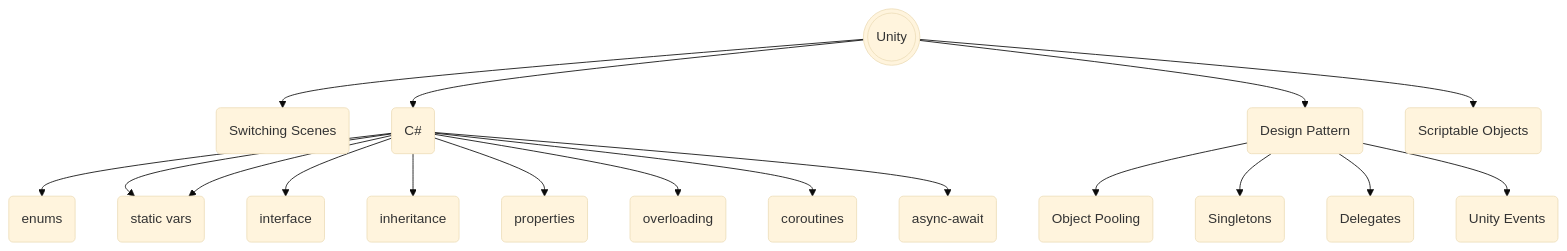
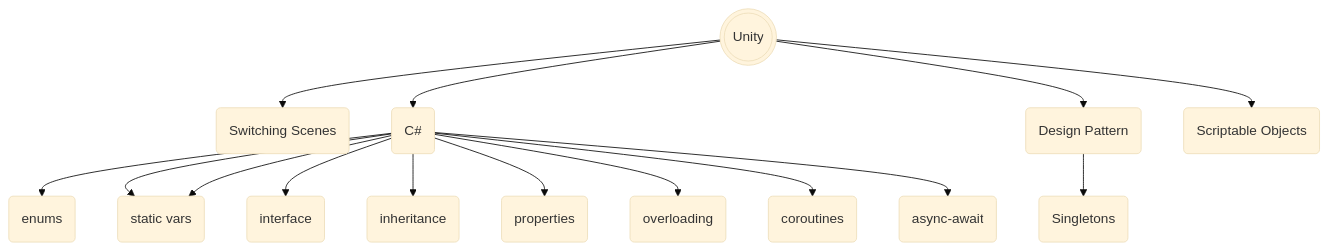
One commit to natalieagus/50033 changed the fourth of 4 diagrams in docs/syllabus.md. Above: the diagram before and after it, drawn with Mermaid (base theme). The commit also changed other lines of this file and 41 other files, not shown here.

````diff
--- a/docs/syllabus.md
+++ b/docs/syllabus.md
@@ -109,21 +153,18 @@
 ```mermaid
 flowchart TD
     U(((Unity)))
     U --> SS(Switching Scenes)
     U --> CS(C#)
     CS --> E(enums)
     CS --> ST(switch statements)
     CS --> I(interface)
     CS --> IN(inheritance)
     CS --> ST(static vars)
     CS --> PRP(properties)
     CS --> O(overloading)
     CS --> CR(coroutines)
     CS --> AW(async-await)
     U --> DP(Design Pattern)
-    DP --> OP(Object Pooling)
     DP --> STO(Singletons)
-    DP --> D(Delegates)
-    DP --> UEV(Unity Events)
     U --> SO(Scriptable Objects)
 ```
````
